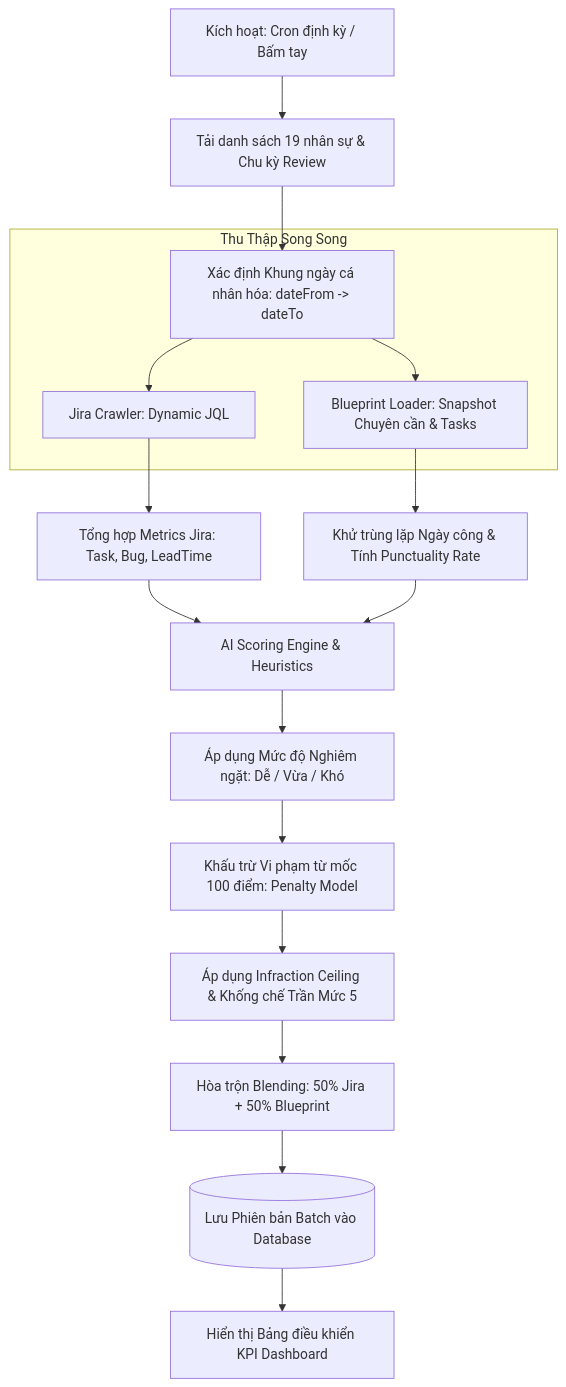
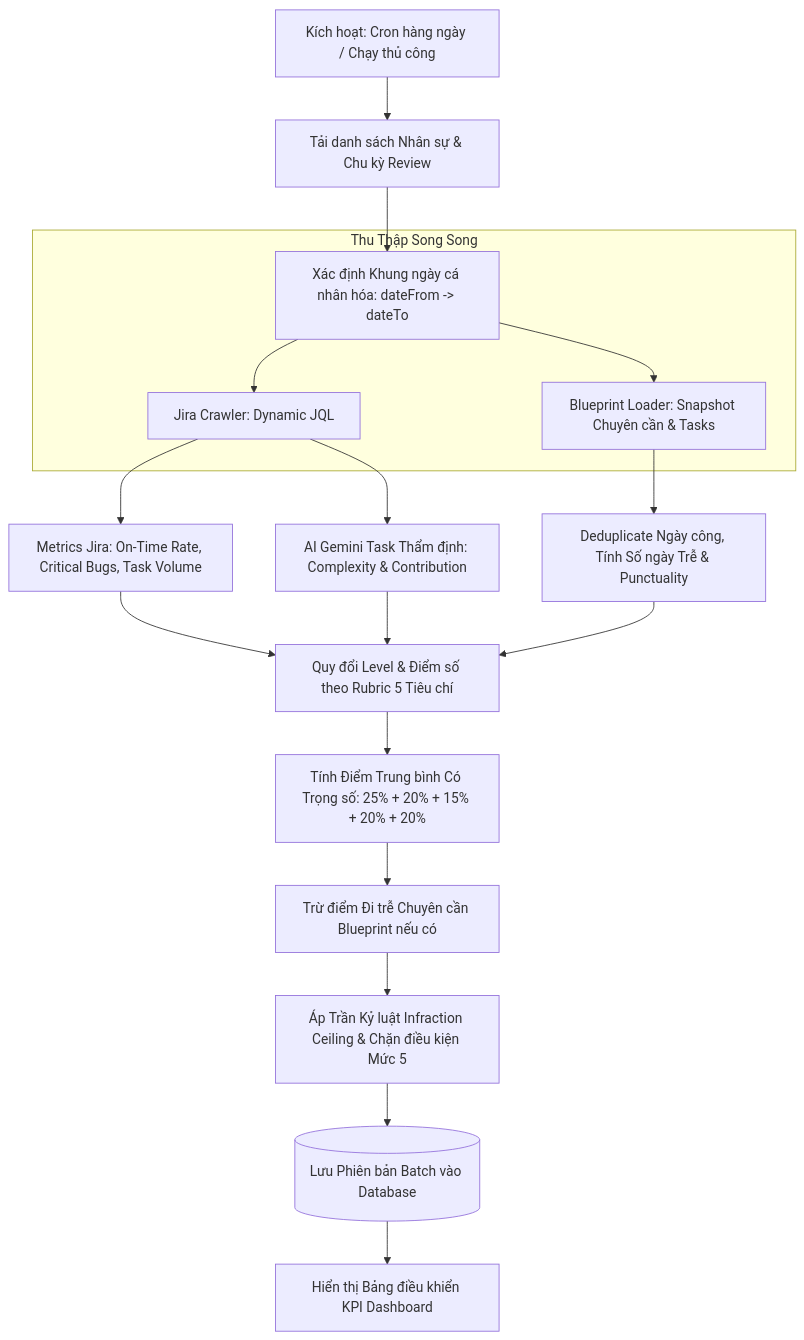
One commit to PhuocNT93/kpi-system changed the diagram in docs/JIRA_BLUEPRINT_COLLECTOR_AND_SCORING_GUIDE.md. Above: the diagram before and after it, drawn with Mermaid. The commit also changed other lines of this file, not shown here.

Commit message:
docs(collector): update data collection guide and weighted scoring formula

````diff
--- a/docs/JIRA_BLUEPRINT_COLLECTOR_AND_SCORING_GUIDE.md
+++ b/docs/JIRA_BLUEPRINT_COLLECTOR_AND_SCORING_GUIDE.md
@@ -40,21 +40,22 @@
 ```mermaid
 flowchart TD
-    A[Kích hoạt: Cron định kỳ / Bấm tay] --> B[Tải danh sách 19 nhân sự & Chu kỳ Review]
+    A[Kích hoạt: Cron hàng ngày / Chạy thủ công] --> B[Tải danh sách Nhân sự & Chu kỳ Review]
     B --> C[Xác định Khung ngày cá nhân hóa: dateFrom -> dateTo]
     
     subgraph Thu Thập Song Song
         C --> D1[Jira Crawler: Dynamic JQL]
         C --> D2[Blueprint Loader: Snapshot Chuyên cần & Tasks]
     end
     
-    D1 --> E1[Tổng hợp Metrics Jira: Task, Bug, LeadTime]
-    D2 --> E2[Khử trùng lặp Ngày công & Tính Punctuality Rate]
+    D1 --> E1[Metrics Jira: On-Time Rate, Critical Bugs, Task Volume]
+    D2 --> E2[Deduplicate Ngày công, Tính Số ngày Trễ & Punctuality]
     
-    E1 & E2 --> F[AI Scoring Engine & Heuristics]
-    F --> G[Áp dụng Mức độ Nghiêm ngặt: Dễ / Vừa / Khó]
-    G --> H[Khấu trừ Vi phạm từ mốc 100 điểm: Penalty Model]
-    H --> I[Áp dụng Infraction Ceiling & Khống chế Trần Mức 5]
-    I --> J[Hòa trộn Blending: 50% Jira + 50% Blueprint]
-    J --> K[(Lưu Phiên bản Batch vào Database)]
-    K --> L[Hiển thị Bảng điều khiển KPI Dashboard]
+    D1 --> E3[AI Gemini Task Thẩm định: Complexity & Contribution]
+    
+    E1 & E2 & E3 --> F[Quy đổi Level & Điểm số theo Rubric 5 Tiêu chí]
+    F --> G[Tính Điểm Trung bình Có Trọng số: 25% + 20% + 15% + 20% + 20%]
+    G --> H[Trừ điểm Đi trễ Chuyên cần Blueprint nếu có]
+    H --> I[Áp Trần Kỷ luật Infraction Ceiling & Chặn điều kiện Mức 5]
+    I --> J[(Lưu Phiên bản Batch vào Database)]
+    J --> K[Hiển thị Bảng điều khiển KPI Dashboard]
 ```
````
